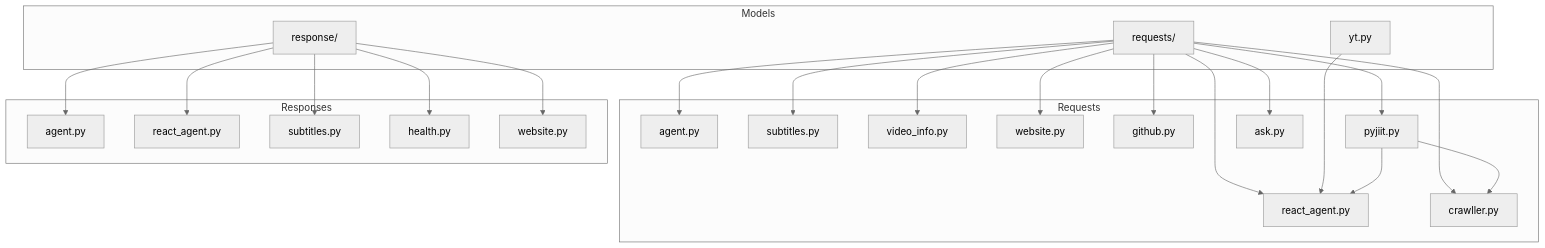
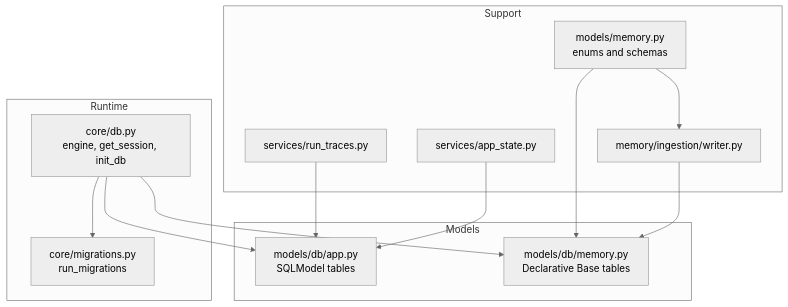
The first of 5 diagrams in src/data/docs/agentic-browser/Data Models and Schemas/Data Models and Schemas.md (tashifkhan/tashif.codes), drawn with Mermaid (neutral theme) before and after one commit. The commit also changed other lines of this file and 114 other files, not shown here.

````diff
--- a/src/data/docs/agentic-browser/Data Models and Schemas/Data Models and Schemas.md
+++ b/src/data/docs/agentic-browser/Data Models and Schemas/Data Models and Schemas.md
@@ -12,43 +19,25 @@
 ```mermaid
 graph TB
 subgraph "Models"
-RQ["requests/"]
-RS["response/"]
-YT["yt.py"]
+  APP["models/db/app.py<br/>SQLModel tables"]
+  MEM["models/db/memory.py<br/>Declarative Base tables"]
 end
-subgraph "Requests"
-AG["agent.py"]
-RA["react_agent.py"]
-ST["subtitles.py"]
-VI["video_info.py"]
-WS["website.py"]
-CR["crawller.py"]
-GH["github.py"]
-PJ["pyjiit.py"]
-ASK["ask.py"]
+subgraph "Runtime"
+  DB["core/db.py<br/>engine, get_session, init_db"]
+  MIG["core/migrations.py<br/>run_migrations"]
 end
-subgraph "Responses"
-GAR["agent.py"]
-RAR["react_agent.py"]
-STR["subtitles.py"]
-HR["health.py"]
-WSR["website.py"]
+subgraph "Support"
+  SCH["models/memory.py<br/>enums and schemas"]
+  TR["services/run_traces.py"]
+  ST["services/app_state.py"]
+  WR["memory/ingestion/writer.py"]
 end
-RQ --> AG
-RQ --> RA
-RQ --> ST
-RQ --> VI
-RQ --> WS
-RQ --> CR
-RQ --> GH
-RQ --> PJ
-RQ --> ASK
-RS --> GAR
-RS --> RAR
-RS --> STR
-RS --> HR
-RS --> WSR
-YT --> RA
-PJ --> RA
-PJ --> CR
+DB --> APP
+DB --> MEM
+DB --> MIG
+SCH --> MEM
+SCH --> WR
+TR --> APP
+ST --> APP
+WR --> MEM
 ```
````
